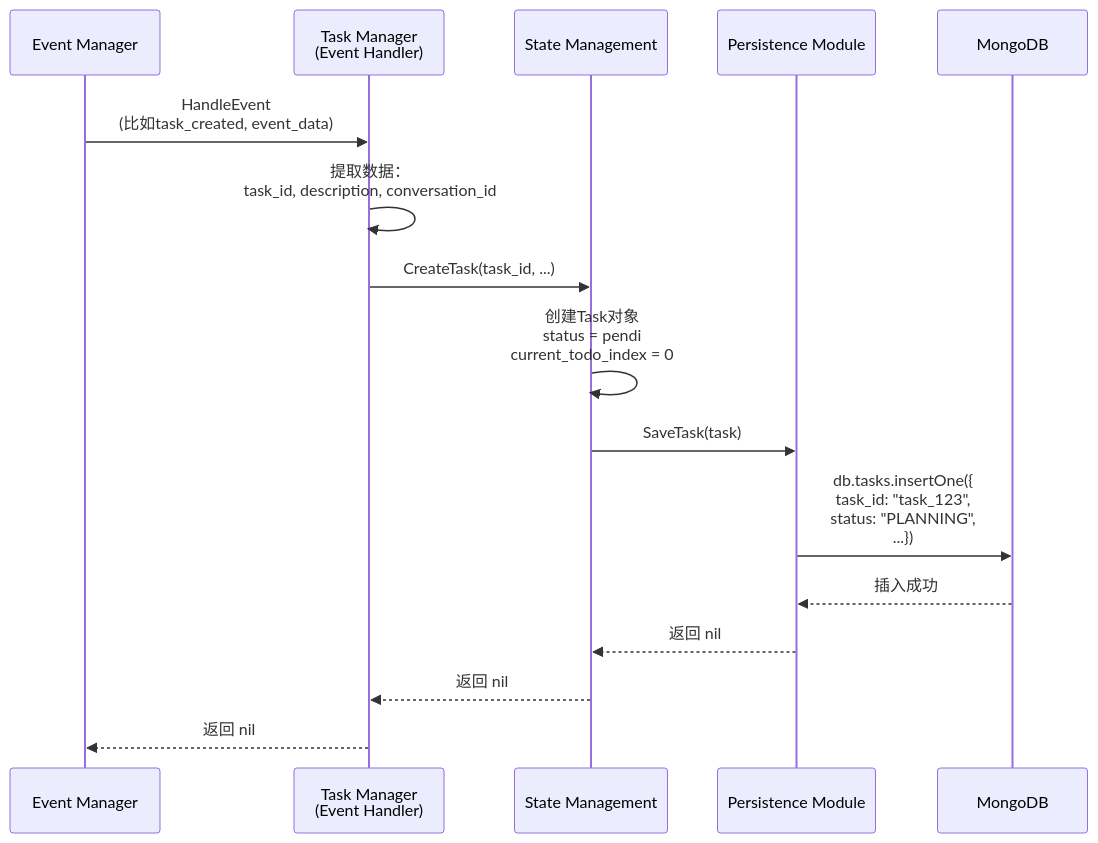
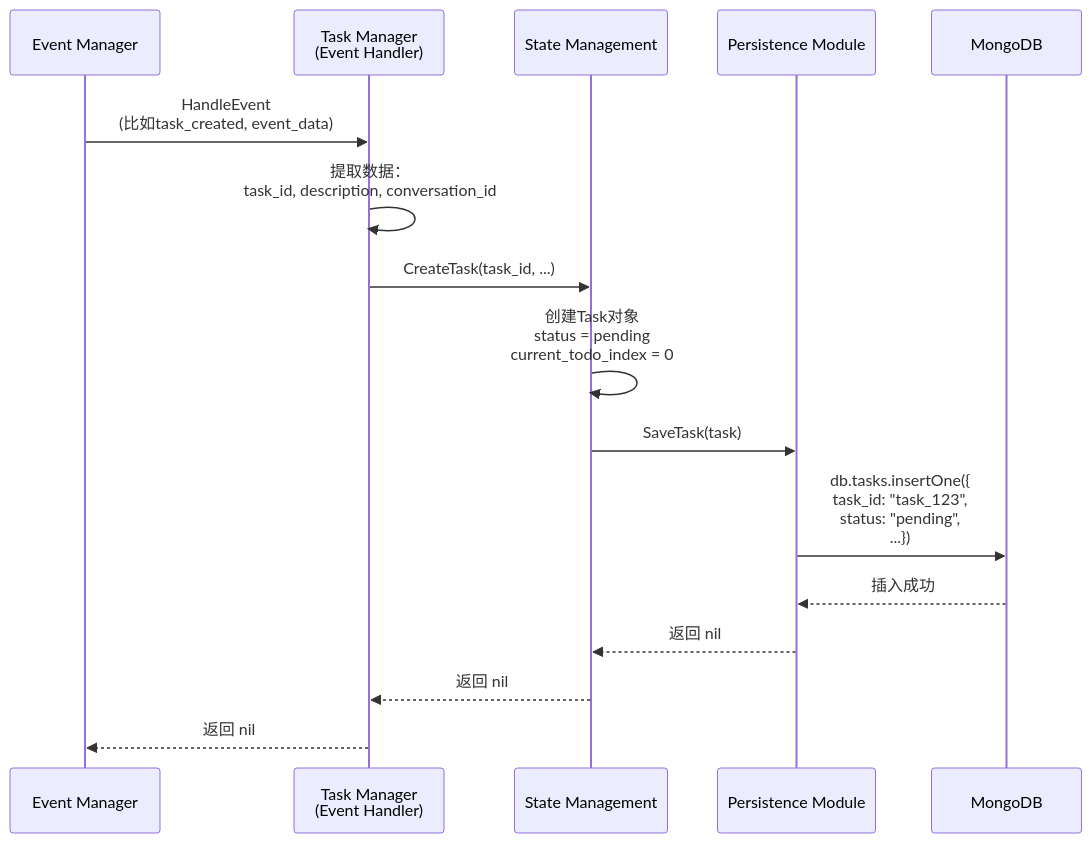
One commit to yingjianzh/iodraw-files changed the diagram in all/未命名-10.md. Above: the diagram before and after it, drawn with Mermaid.

Commit message:
2025-12-24 18:10:05 update

````diff
--- a/all/未命名-10.md
+++ b/all/未命名-10.md
@@ -1,25 +1,25 @@
 ```mermaid
 sequenceDiagram
     participant EventMgr as Event Manager
     participant TaskMgr as Task Manager<br/>(Event Handler)
     participant StateMgr as State Management
     participant Persist as Persistence Module
     participant MongoDB as MongoDB
 
     EventMgr->>TaskMgr: HandleEvent<br/>(比如task_created, event_data)
     
     TaskMgr->>TaskMgr: 提取数据：<br/>task_id, description, conversation_id
     
     TaskMgr->>StateMgr: CreateTask(task_id, ...)
     
-    StateMgr->>StateMgr: 创建Task对象<br/>status = pendi<br/>current_todo_index = 0
+    StateMgr->>StateMgr: 创建Task对象<br/>status = pending<br/>current_todo_index = 0
     
     StateMgr->>Persist: SaveTask(task)
     
-    Persist->>MongoDB: db.tasks.insertOne({<br/>  task_id: "task_123",<br/>  status: "PLANNING",<br/>  ...})
+    Persist->>MongoDB: db.tasks.insertOne({<br/>  task_id: "task_123",<br/>  status: "pending",<br/>  ...})
     
     MongoDB-->>Persist: 插入成功
     Persist-->>StateMgr: 返回 nil
     StateMgr-->>TaskMgr: 返回 nil
     TaskMgr-->>EventMgr: 返回 nil
 ```
````
